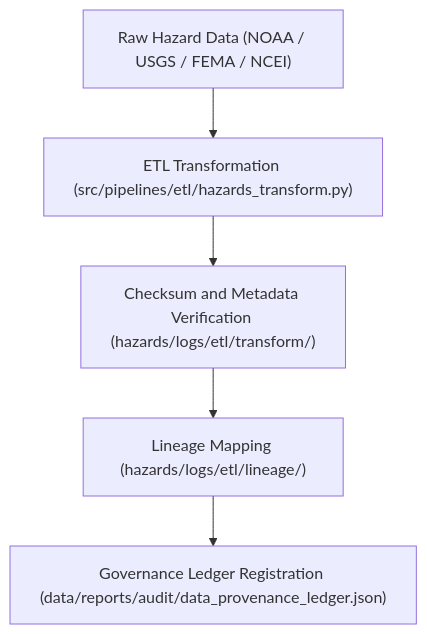
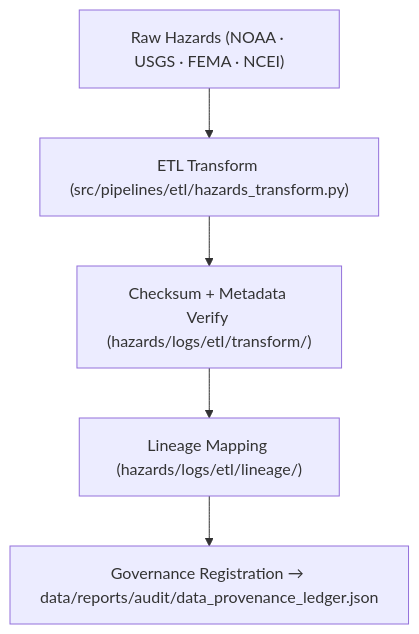
Before and after one commit to bartytime4life/Kansas-Frontier-Matrix: the diagram in data/work/tmp/hazards/logs/etl/lineage/README.md, drawn with Mermaid. The commit also changed other lines of this file, not shown here.

````diff
--- a/data/work/tmp/hazards/logs/etl/lineage/README.md
+++ b/data/work/tmp/hazards/logs/etl/lineage/README.md
@@ -64,7 +64,7 @@
 ```mermaid
 flowchart TD
-    A["Raw Hazard Data (NOAA / USGS / FEMA / NCEI)"] --> B["ETL Transformation (src/pipelines/etl/hazards_transform.py)"]
-    B --> C["Checksum and Metadata Verification (hazards/logs/etl/transform/)"]
+    A["Raw Hazards (NOAA · USGS · FEMA · NCEI)"] --> B["ETL Transform (src/pipelines/etl/hazards_transform.py)"]
+    B --> C["Checksum + Metadata Verify (hazards/logs/etl/transform/)"]
     C --> D["Lineage Mapping (hazards/logs/etl/lineage/)"]
-    D --> E["Governance Ledger Registration (data/reports/audit/data_provenance_ledger.json)"]
+    D --> E["Governance Registration → data/reports/audit/data_provenance_ledger.json"]
 ```
````
